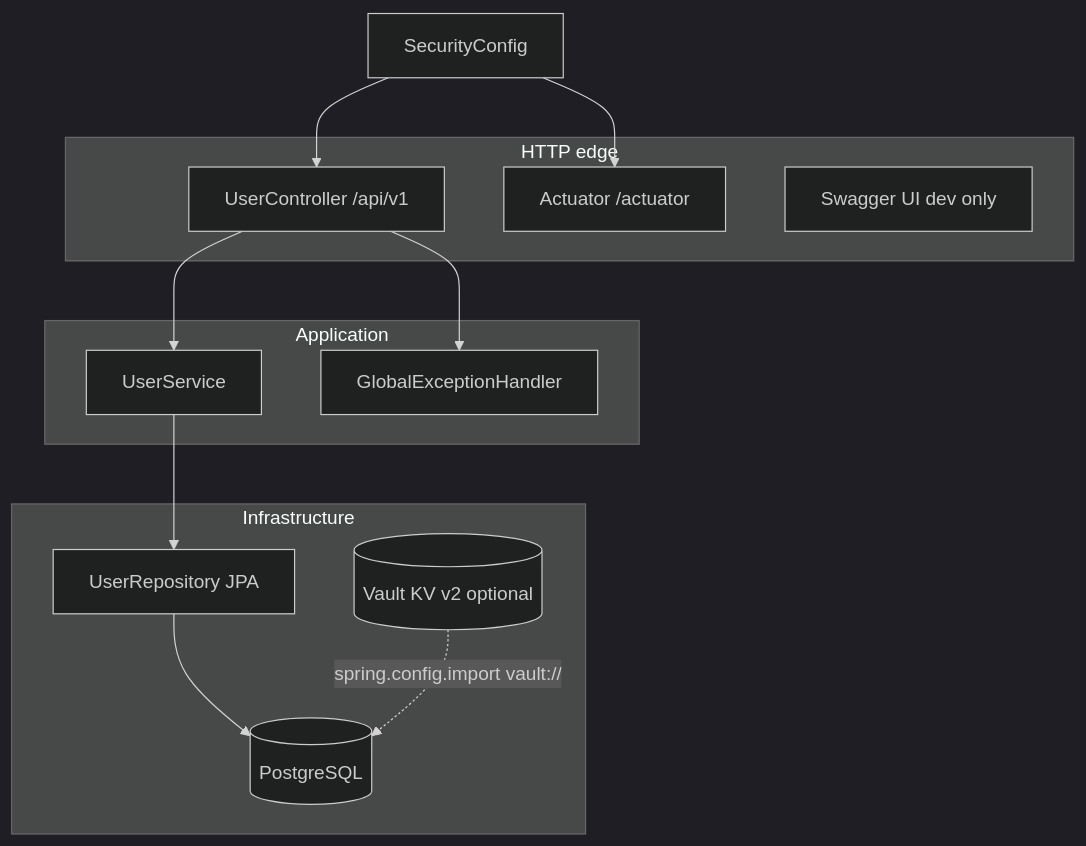
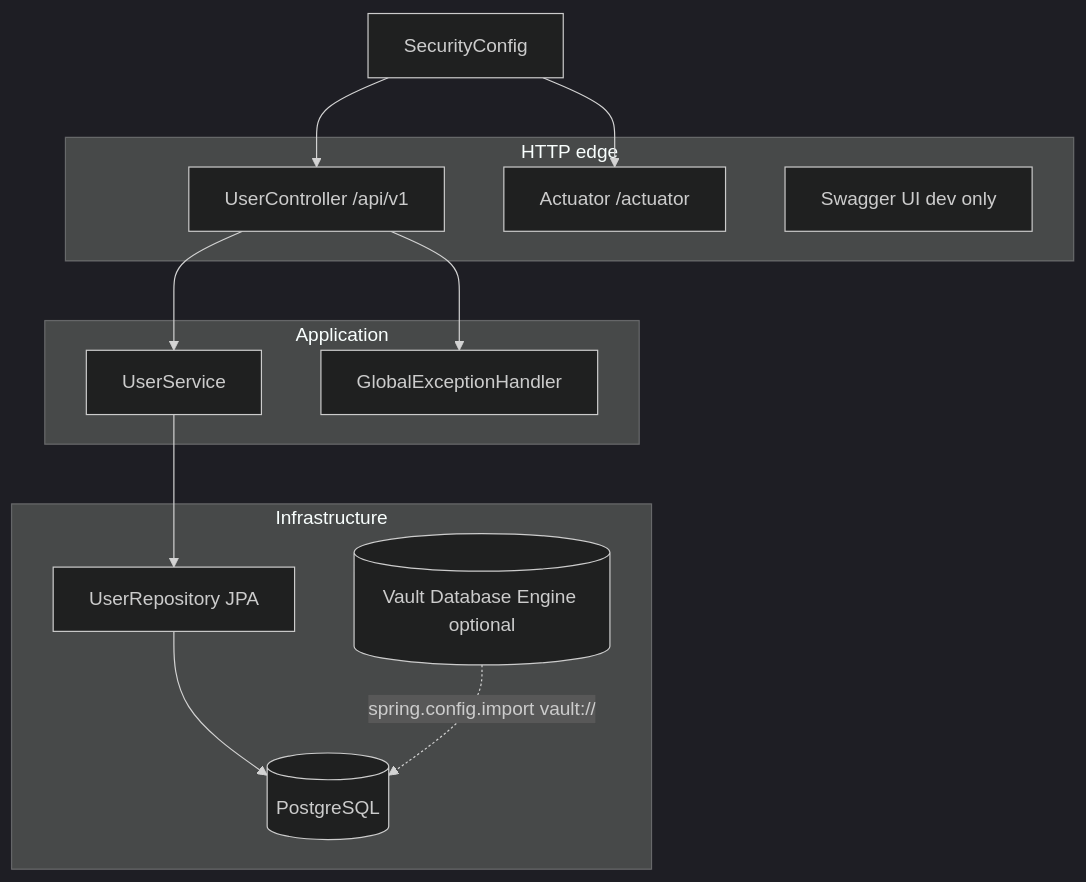
Before and after one commit to KleilsonSantos/VaultSpring: the third of 5 diagrams in docs/architecture.md, drawn with Mermaid (dark theme). The commit also changed other lines of this file and 9 other files, not shown here.

First line of the commit message:
docs: align ADR-0002/0005 and guides with Vault database backend

````diff
--- a/docs/architecture.md
+++ b/docs/architecture.md
@@ -62,24 +62,24 @@
 ```mermaid
 flowchart TB
   subgraph edge [HTTP edge]
     UC[UserController /api/v1]
     ACT[Actuator /actuator]
     DOC[Swagger UI dev only]
   end
   subgraph app [Application]
     US[UserService]
     GEH[GlobalExceptionHandler]
   end
   subgraph infra [Infrastructure]
     UR[UserRepository JPA]
     PG[(PostgreSQL)]
-    VLT[(Vault KV v2 optional)]
+    VLT[(Vault Database Engine optional)]
   end
   UC --> US
   UC --> GEH
   US --> UR
   UR --> PG
   VLT -.->|spring.config.import vault://| PG
   SC[SecurityConfig] --> UC
   SC --> ACT
 ```
````
